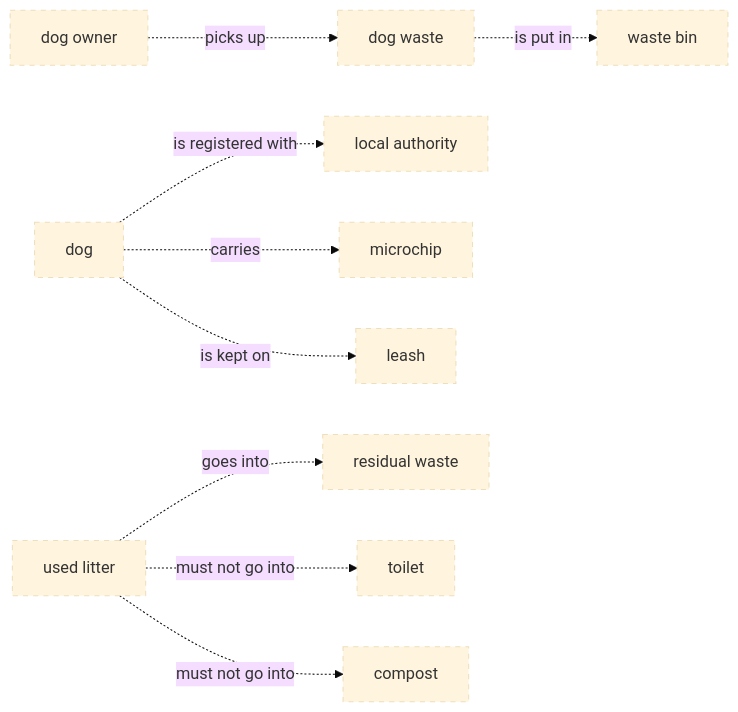
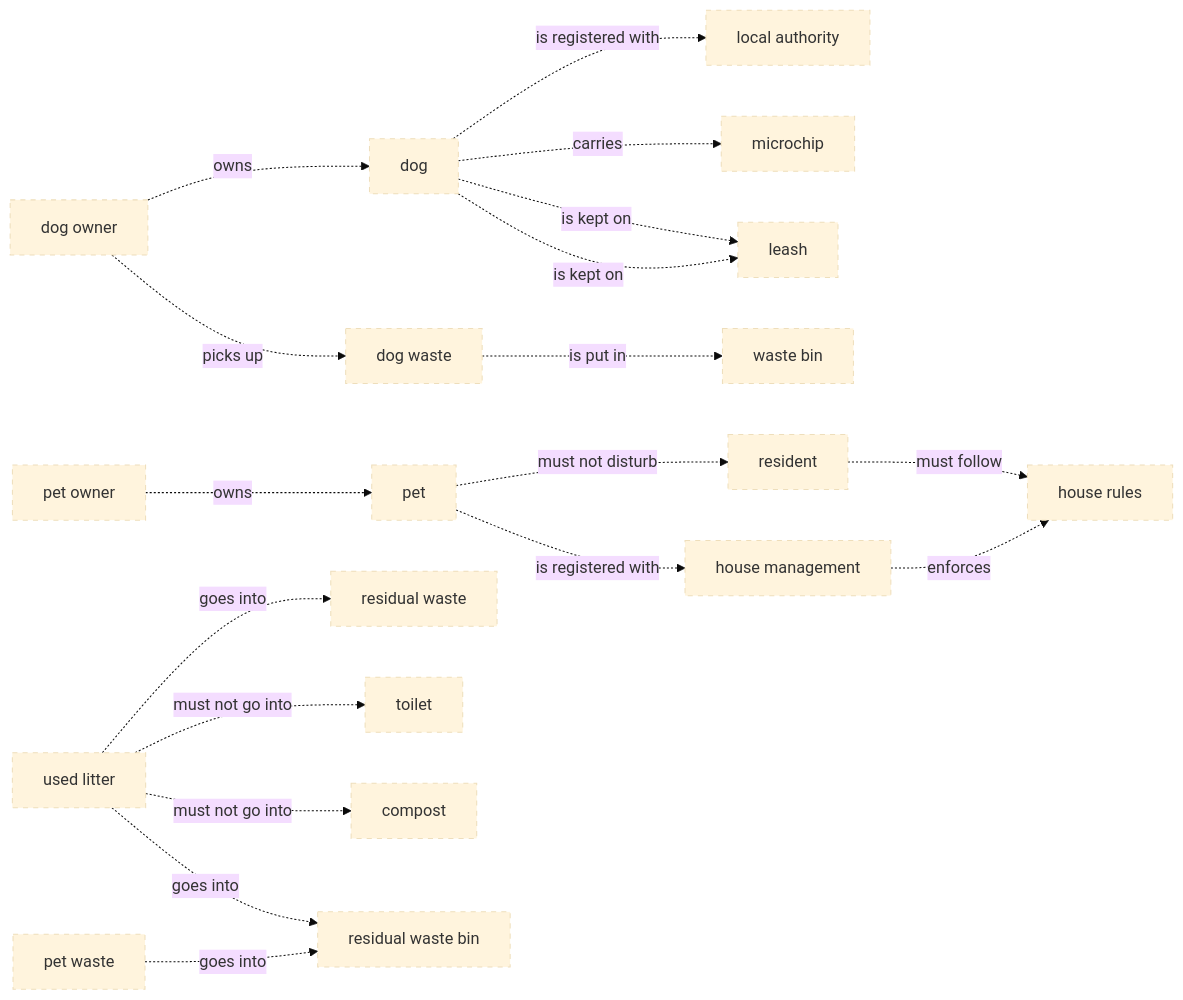
The second of 2 diagrams in data/ontology-pets-and-house-rules/03_release/00_raw/level-1.md (belaboros/DomainAiAssistant), drawn with Mermaid (base theme) before and after one commit. The commit also changed other lines of this file and 338 other files, not shown here.

Commit message:
Ingest into ontology pets-and-house-rules (run run_01M82H6T2QTRP8085HZ85ZHD43)

````diff
--- a/data/ontology-pets-and-house-rules/03_release/00_raw/level-1.md
+++ b/data/ontology-pets-and-house-rules/03_release/00_raw/level-1.md
@@ -33,24 +44,40 @@
 ```mermaid
 flowchart LR
     classDef draft stroke-dasharray: 5 5
     cn_01M82H1MQPVEX27Q0YHCNZ9WE5["compost"]
     cn_01M82GJP3CRKNX3DNJZDNANDWM["dog"]
     cn_01M82GR8C6YNAW05QP8GX3MF7P["dog owner"]
     cn_01M82GQHZCWYDZ4FY134N19HRE["dog waste"]
+    cn_01M82H7HBZP5REB8E6N9M29JTH["house management"]
+    cn_01M82H7HBZP5REB8E6N9M29JTQ["house rules"]
     cn_01M82GPB8ZK0N7S1VR303H5EPB["leash"]
     cn_01M82GJP3CRKNX3DNJZDNANDWN["local authority"]
     cn_01M82GJP3CRKNX3DNJZDNANDWP["microchip"]
+    cn_01M82H94Y19DEFXTHPXP970KGB["pet"]
+    cn_01M82H94Y19DEFXTHPXP970KGF["pet owner"]
+    cn_01M82HBAX7NMYFG8GE4P9Y56F6["pet waste"]
+    cn_01M82H7HBZP5REB8E6N9M29JTG["resident"]
     cn_01M82H1MQPVEX27Q0YHCNZ9WE3["residual waste"]
+    cn_01M82HBAX7NMYFG8GE4P9Y56F8["residual waste bin"]
     cn_01M82H1MQPVEX27Q0YHCNZ9WE4["toilet"]
     cn_01M82H1MQPVEX27Q0YHCNZ9WE1["used litter"]
     cn_01M82GQHZCWYDZ4FY134N19HRF["waste bin"]
     cn_01M82GJP3CRKNX3DNJZDNANDWM -. "is registered with" .-> cn_01M82GJP3CRKNX3DNJZDNANDWN
     cn_01M82GJP3CRKNX3DNJZDNANDWM -. "carries" .-> cn_01M82GJP3CRKNX3DNJZDNANDWP
     cn_01M82GJP3CRKNX3DNJZDNANDWM -. "is kept on" .-> cn_01M82GPB8ZK0N7S1VR303H5EPB
+    cn_01M82GJP3CRKNX3DNJZDNANDWM -. "is kept on" .-> cn_01M82GPB8ZK0N7S1VR303H5EPB
     cn_01M82GQHZCWYDZ4FY134N19HRE -. "is put in" .-> cn_01M82GQHZCWYDZ4FY134N19HRF
+    cn_01M82GR8C6YNAW05QP8GX3MF7P -. "owns" .-> cn_01M82GJP3CRKNX3DNJZDNANDWM
     cn_01M82GR8C6YNAW05QP8GX3MF7P -. "picks up" .-> cn_01M82GQHZCWYDZ4FY134N19HRE
     cn_01M82H1MQPVEX27Q0YHCNZ9WE1 -. "goes into" .-> cn_01M82H1MQPVEX27Q0YHCNZ9WE3
     cn_01M82H1MQPVEX27Q0YHCNZ9WE1 -. "must not go into" .-> cn_01M82H1MQPVEX27Q0YHCNZ9WE4
     cn_01M82H1MQPVEX27Q0YHCNZ9WE1 -. "must not go into" .-> cn_01M82H1MQPVEX27Q0YHCNZ9WE5
-    class cn_01M82H1MQPVEX27Q0YHCNZ9WE5,cn_01M82GJP3CRKNX3DNJZDNANDWM,cn_01M82GR8C6YNAW05QP8GX3MF7P,cn_01M82GQHZCWYDZ4FY134N19HRE,cn_01M82GPB8ZK0N7S1VR303H5EPB,cn_01M82GJP3CRKNX3DNJZDNANDWN,cn_01M82GJP3CRKNX3DNJZDNANDWP,cn_01M82H1MQPVEX27Q0YHCNZ9WE3,cn_01M82H1MQPVEX27Q0YHCNZ9WE4,cn_01M82H1MQPVEX27Q0YHCNZ9WE1,cn_01M82GQHZCWYDZ4FY134N19HRF draft
+    cn_01M82H1MQPVEX27Q0YHCNZ9WE1 -. "goes into" .-> cn_01M82HBAX7NMYFG8GE4P9Y56F8
+    cn_01M82H7HBZP5REB8E6N9M29JTG -. "must follow" .-> cn_01M82H7HBZP5REB8E6N9M29JTQ
+    cn_01M82H7HBZP5REB8E6N9M29JTH -. "enforces" .-> cn_01M82H7HBZP5REB8E6N9M29JTQ
+    cn_01M82H94Y19DEFXTHPXP970KGB -. "must not disturb" .-> cn_01M82H7HBZP5REB8E6N9M29JTG
+    cn_01M82H94Y19DEFXTHPXP970KGB -. "is registered with" .-> cn_01M82H7HBZP5REB8E6N9M29JTH
+    cn_01M82H94Y19DEFXTHPXP970KGF -. "owns" .-> cn_01M82H94Y19DEFXTHPXP970KGB
+    cn_01M82HBAX7NMYFG8GE4P9Y56F6 -. "goes into" .-> cn_01M82HBAX7NMYFG8GE4P9Y56F8
+    class cn_01M82H1MQPVEX27Q0YHCNZ9WE5,cn_01M82GJP3CRKNX3DNJZDNANDWM,cn_01M82GR8C6YNAW05QP8GX3MF7P,cn_01M82GQHZCWYDZ4FY134N19HRE,cn_01M82H7HBZP5REB8E6N9M29JTH,cn_01M82H7HBZP5REB8E6N9M29JTQ,cn_01M82GPB8ZK0N7S1VR303H5EPB,cn_01M82GJP3CRKNX3DNJZDNANDWN,cn_01M82GJP3CRKNX3DNJZDNANDWP,cn_01M82H94Y19DEFXTHPXP970KGB,cn_01M82H94Y19DEFXTHPXP970KGF,cn_01M82HBAX7NMYFG8GE4P9Y56F6,cn_01M82H7HBZP5REB8E6N9M29JTG,cn_01M82H1MQPVEX27Q0YHCNZ9WE3,cn_01M82HBAX7NMYFG8GE4P9Y56F8,cn_01M82H1MQPVEX27Q0YHCNZ9WE4,cn_01M82H1MQPVEX27Q0YHCNZ9WE1,cn_01M82GQHZCWYDZ4FY134N19HRF draft
 ```
````
